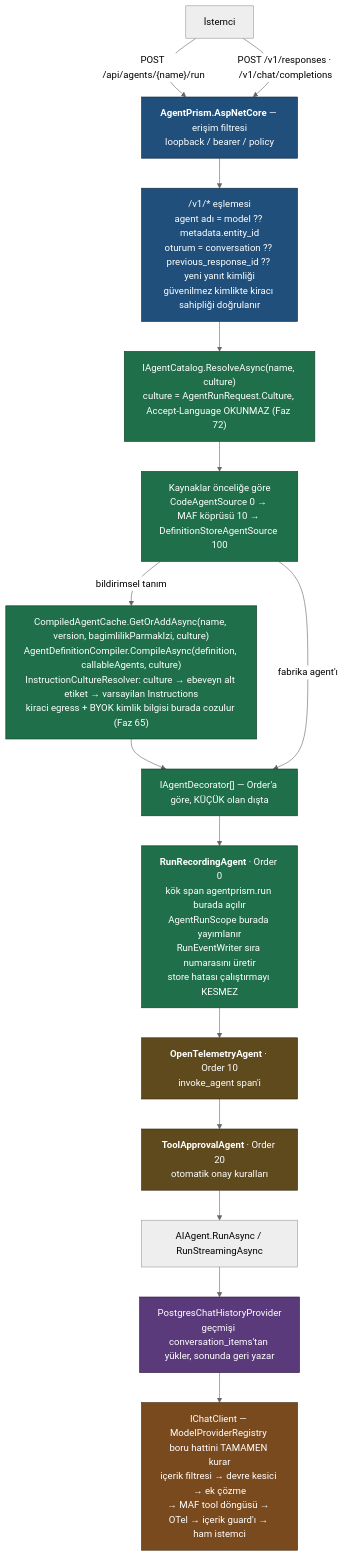
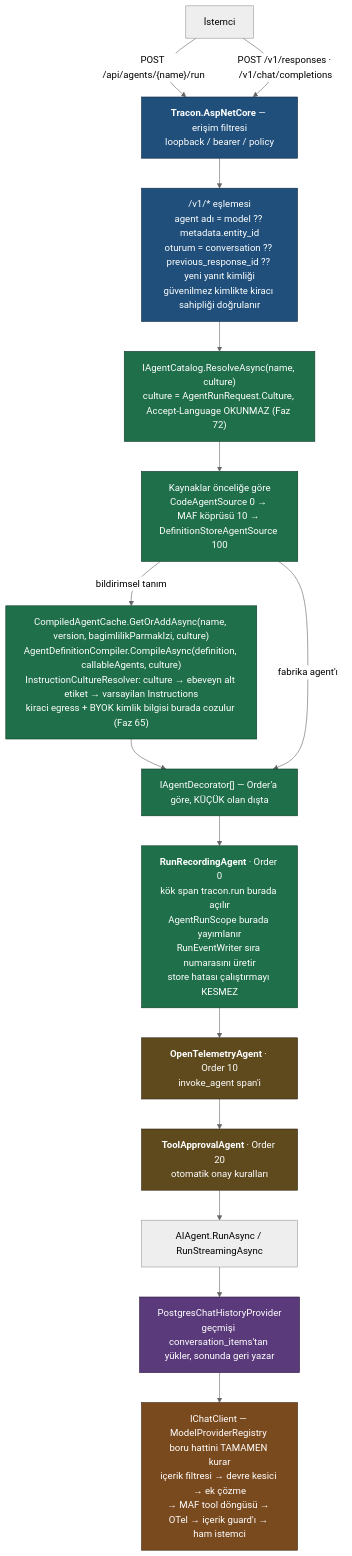
The third of 7 diagrams in docs/MIMARI.md (farukatasoy/Tracon), drawn with Mermaid (neutral theme) before and after one commit. The commit also changed other lines of this file and 4535 other files, not shown here.

````diff
--- a/docs/MIMARI.md
+++ b/docs/MIMARI.md
@@ -240,35 +240,35 @@
 ```mermaid
 flowchart TD
     C["İstemci"]
-    H["<b>AgentPrism.AspNetCore</b> — erişim filtresi<br/>loopback / bearer / policy"]
+    H["<b>Tracon.AspNetCore</b> — erişim filtresi<br/>loopback / bearer / policy"]
     V1["/v1/* eşlemesi<br/>agent adı = model ?? metadata.entity_id<br/>oturum = conversation ?? previous_response_id ?? yeni yanıt kimliği<br/>güvenilmez kimlikte kiracı sahipliği doğrulanır"]
     R["IAgentCatalog.ResolveAsync(name, culture)<br/>culture = AgentRunRequest.Culture, Accept-Language OKUNMAZ (Faz 72)"]
     SRC["Kaynaklar önceliğe göre<br/>CodeAgentSource 0 → MAF köprüsü 10 → DefinitionStoreAgentSource 100"]
     COMP["CompiledAgentCache.GetOrAddAsync(name, version, bagimlilikParmakIzi, culture)<br/>AgentDefinitionCompiler.CompileAsync(definition, callableAgents, culture)<br/>InstructionCultureResolver: culture → ebeveyn alt etiket → varsayilan Instructions<br/>kiraci egress + BYOK kimlik bilgisi burada cozulur (Faz 65)"]
     DEC["IAgentDecorator[] — Order'a göre, KÜÇÜK olan dışta"]
-    REC["<b>RunRecordingAgent</b> · Order 0<br/>kök span agentprism.run burada açılır<br/>AgentRunScope burada yayımlanır<br/>RunEventWriter sıra numarasını üretir<br/>store hatası çalıştırmayı KESMEZ"]
+    REC["<b>RunRecordingAgent</b> · Order 0<br/>kök span tracon.run burada açılır<br/>AgentRunScope burada yayımlanır<br/>RunEventWriter sıra numarasını üretir<br/>store hatası çalıştırmayı KESMEZ"]
     OTEL["<b>OpenTelemetryAgent</b> · Order 10<br/>invoke_agent span'i"]
     APR["<b>ToolApprovalAgent</b> · Order 20<br/>otomatik onay kuralları"]
     RUN["AIAgent.RunAsync / RunStreamingAsync"]
     CHP["PostgresChatHistoryProvider<br/>geçmişi conversation_items'tan yükler, sonunda geri yazar"]
     LLM["IChatClient — ModelProviderRegistry boru hattini TAMAMEN kurar<br/>içerik filtresi → devre kesici → ek çözme<br/>→ MAF tool döngüsü → OTel → içerik guard'ı → ham istemci"]
 
     C -->|"POST /api/agents/{name}/run"| H
     C -->|"POST /v1/responses · /v1/chat/completions"| H
     H --> V1 --> R --> SRC
     SRC -->|"bildirimsel tanım"| COMP --> DEC
     SRC -->|"fabrika agent'ı"| DEC
     DEC --> REC --> OTEL --> APR --> RUN
     RUN --> CHP --> LLM
 
     classDef faz4 fill:#1f4f7a,stroke:#0d2740,color:#ffffff
     classDef faz1 fill:#1f6f4a,stroke:#0d3b27,color:#ffffff
     classDef faz2 fill:#5a3a7a,stroke:#2c1c3d,color:#ffffff
     classDef faz3 fill:#7a4a1f,stroke:#3d250f,color:#ffffff
     class H,V1 faz4
     classDef faz6 fill:#5f4a1e,stroke:#302510,color:#ffffff
     class R,SRC,COMP,DEC,REC faz1
     class CHP faz2
     class LLM faz3
     class OTEL,APR faz6
 ```
````
